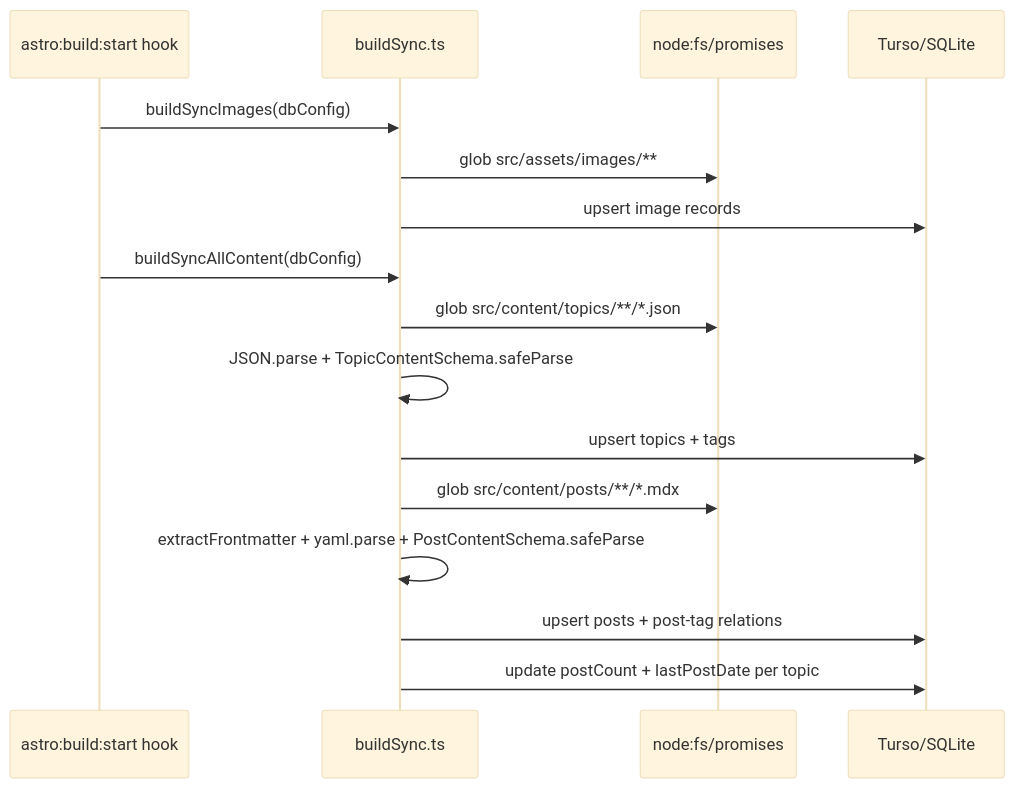
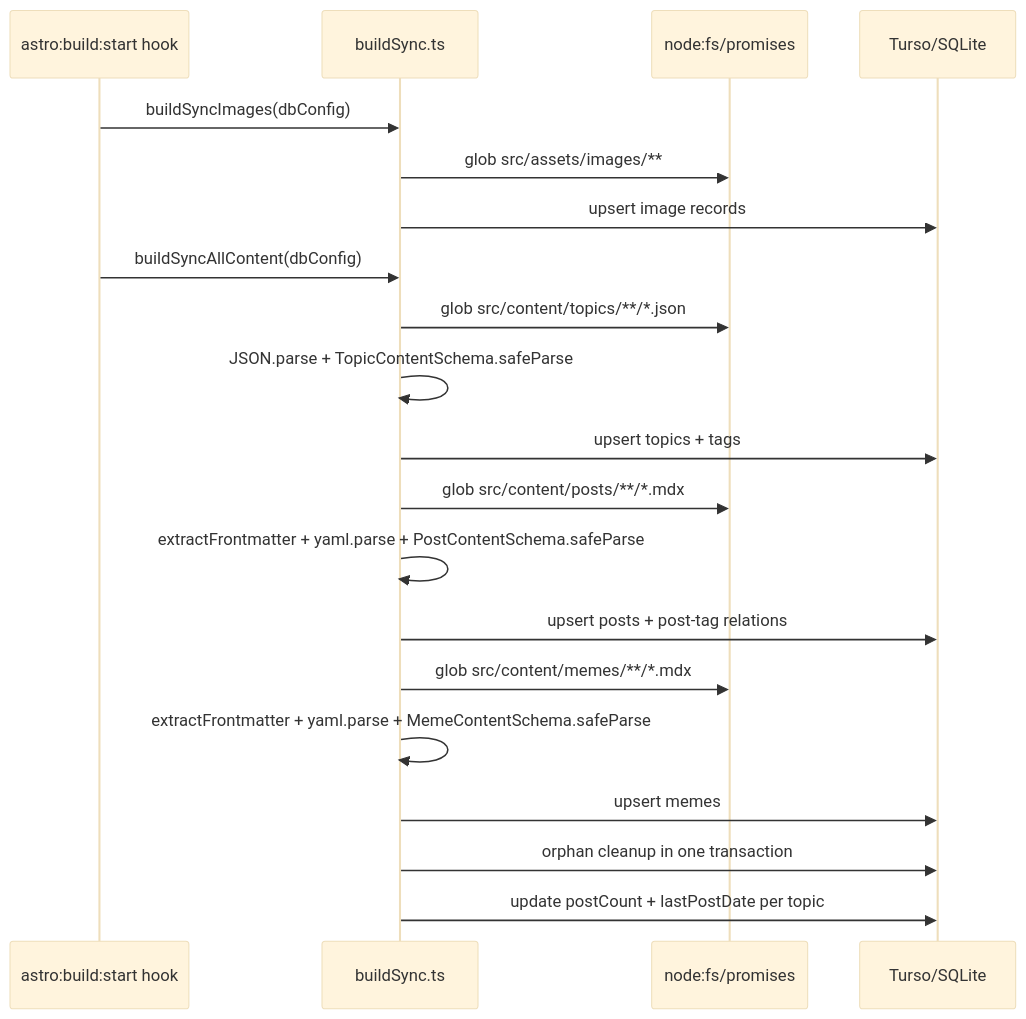
Before and after one commit to duckycoding-dev/ducky-coding: the second of 3 diagrams in docs/stable/development/build-flow.md, drawn with Mermaid (base theme). The commit also changed other lines of this file and 6 other files, not shown here.

````diff
--- a/docs/stable/development/build-flow.md
+++ b/docs/stable/development/build-flow.md
@@ -79,22 +82,27 @@
 ```mermaid
 sequenceDiagram
     participant H as astro:build:start hook
     participant S as buildSync.ts
     participant FS as node:fs/promises
     participant DB as Turso/SQLite
 
     H->>S: buildSyncImages(dbConfig)
     S->>FS: glob src/assets/images/**
     S->>DB: upsert image records
 
     H->>S: buildSyncAllContent(dbConfig)
     S->>FS: glob src/content/topics/**/*.json
     S->>S: JSON.parse + TopicContentSchema.safeParse
     S->>DB: upsert topics + tags
 
     S->>FS: glob src/content/posts/**/*.mdx
     S->>S: extractFrontmatter + yaml.parse + PostContentSchema.safeParse
     S->>DB: upsert posts + post-tag relations
 
+    S->>FS: glob src/content/memes/**/*.mdx
+    S->>S: extractFrontmatter + yaml.parse + MemeContentSchema.safeParse
+    S->>DB: upsert memes
+
+    S->>DB: orphan cleanup in one transaction
     S->>DB: update postCount + lastPostDate per topic
 ```
````
